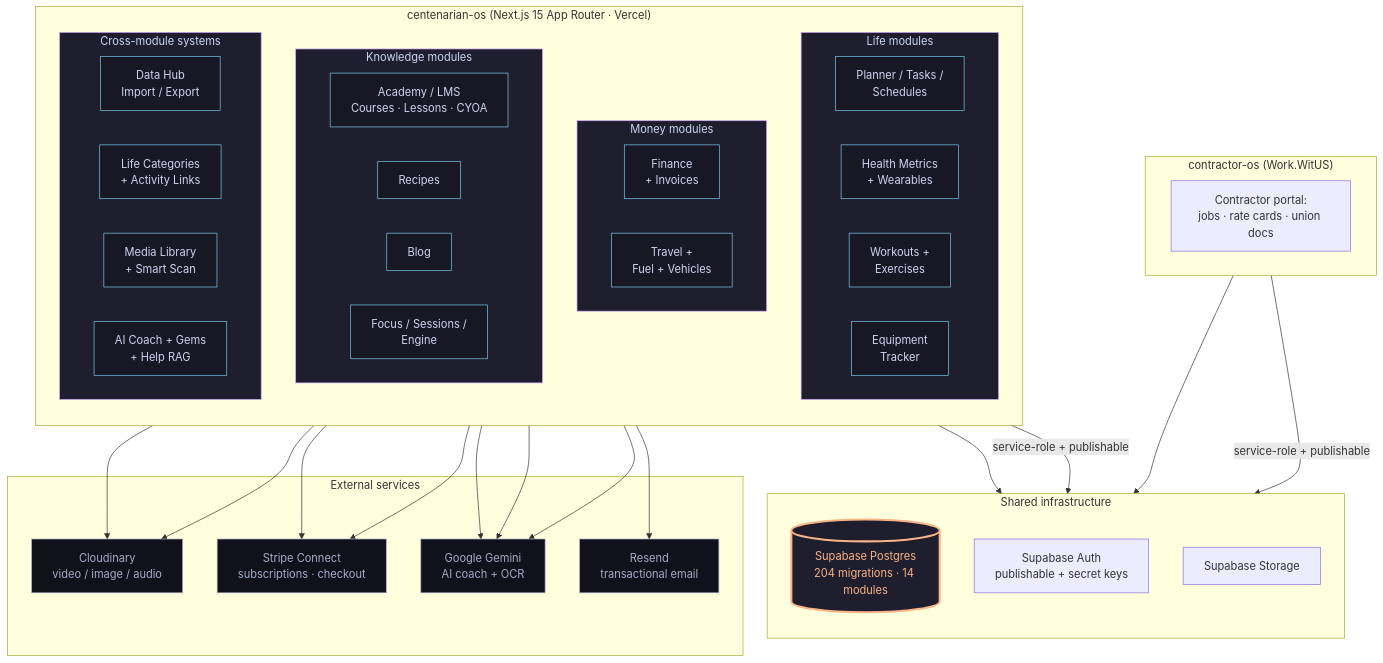
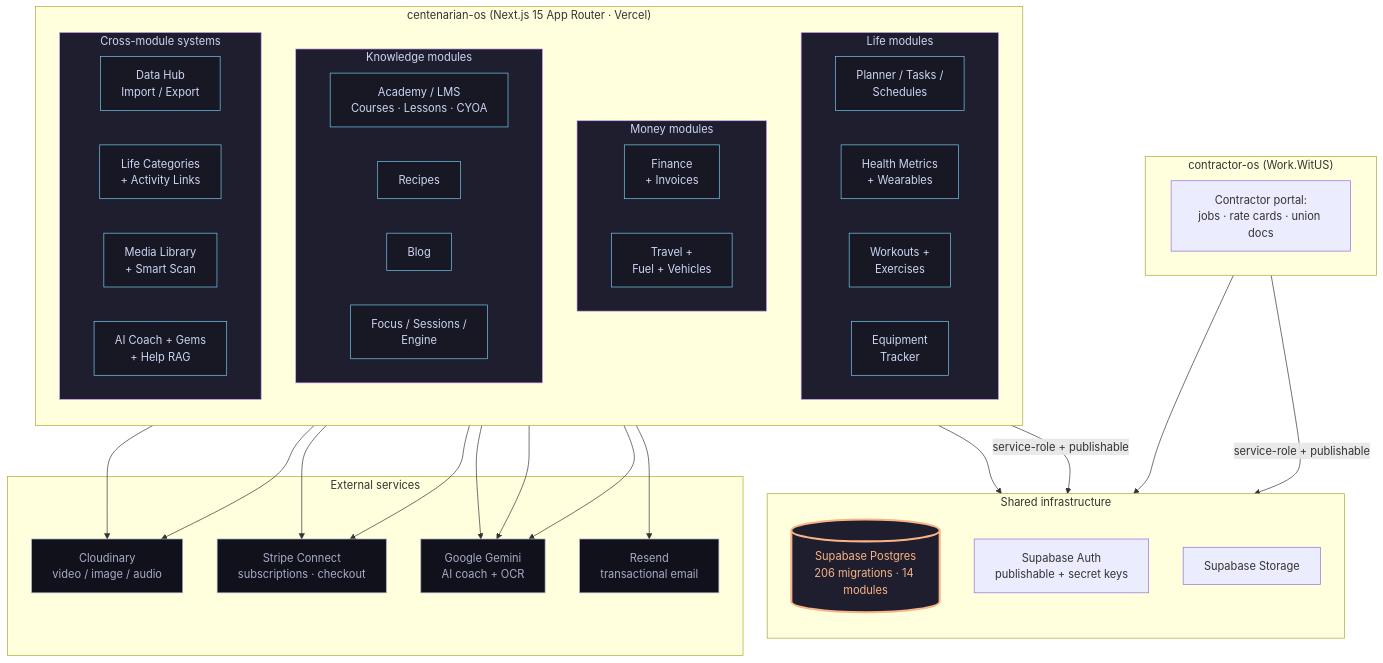
Before and after one commit to dapperAuteur/centenarian-os: the first of 2 diagrams in ARCHITECTURE.md, drawn with Mermaid. The commit also changed other lines of this file and 2 other files, not shown here.

Commit message:
docs: migration count is 206 (203 bank CSV import, 204 calendar sync)

````diff
--- a/ARCHITECTURE.md
+++ b/ARCHITECTURE.md
@@ -14,76 +14,76 @@
 ```mermaid
 flowchart TB
   classDef shell fill:#1e1e2e,stroke:#cba6f7,color:#cdd6f4
   classDef module fill:#181825,stroke:#74c7ec,color:#cdd6f4
   classDef shared fill:#1e1e2e,stroke:#fab387,color:#fab387,stroke-width:3px
   classDef external fill:#11111b,stroke:#a6adc8,color:#a6adc8
 
   subgraph CentOS["centenarian-os (Next.js 15 App Router · Vercel)"]
     direction TB
 
     subgraph Life["Life modules"]
       direction LR
       Planner[Planner / Tasks /<br/>Schedules]
       Health[Health Metrics<br/>+ Wearables]
       Workouts[Workouts +<br/>Exercises]
       Equipment[Equipment<br/>Tracker]
     end
 
     subgraph Money["Money modules"]
       direction LR
       Finance[Finance<br/>+ Invoices]
       Travel[Travel +<br/>Fuel + Vehicles]
     end
 
     subgraph Knowledge["Knowledge modules"]
       direction LR
       Academy[Academy / LMS<br/>Courses · Lessons · CYOA]
       Recipes[Recipes]
       Blog[Blog]
       Focus[Focus / Sessions /<br/>Engine]
     end
 
     subgraph Cross["Cross-module systems"]
       direction LR
       DataHub[Data Hub<br/>Import / Export]
       Categories[Life Categories<br/>+ Activity Links]
       MediaLib[Media Library<br/>+ Smart Scan]
       Coach[AI Coach + Gems<br/>+ Help RAG]
     end
   end
 
   subgraph Shared["Shared infrastructure"]
     direction TB
-    Supabase[(Supabase Postgres<br/>204 migrations · 14 modules)]:::shared
+    Supabase[(Supabase Postgres<br/>206 migrations · 14 modules)]:::shared
     SupaAuth[Supabase Auth<br/>publishable + secret keys]
     SupaStorage[Supabase Storage]
   end
 
   subgraph Sibling["contractor-os (Work.WitUS)"]
     Contractor[Contractor portal:<br/>jobs · rate cards · union docs]
   end
 
   subgraph External["External services"]
     Cloudinary[Cloudinary<br/>video / image / audio]
     Stripe[Stripe Connect<br/>subscriptions · checkout]
     Gemini[Google Gemini<br/>AI coach + OCR]
     Resend[Resend<br/>transactional email]
   end
 
   CentOS -->|service-role + publishable| Supabase
   Sibling -->|service-role + publishable| Supabase
   CentOS --> SupaAuth
   Sibling --> SupaAuth
   CentOS --> Cloudinary
   CentOS --> Stripe
   CentOS --> Gemini
   CentOS --> Resend
   Coach --> Gemini
   MediaLib --> Cloudinary
   MediaLib --> Gemini
   Finance --> Stripe
 
   class Life,Money,Knowledge,Cross shell
   class Planner,Health,Workouts,Equipment,Finance,Travel,Academy,Recipes,Blog,Focus,DataHub,Categories,MediaLib,Coach module
   class Cloudinary,Stripe,Gemini,Resend external
 ```
````
